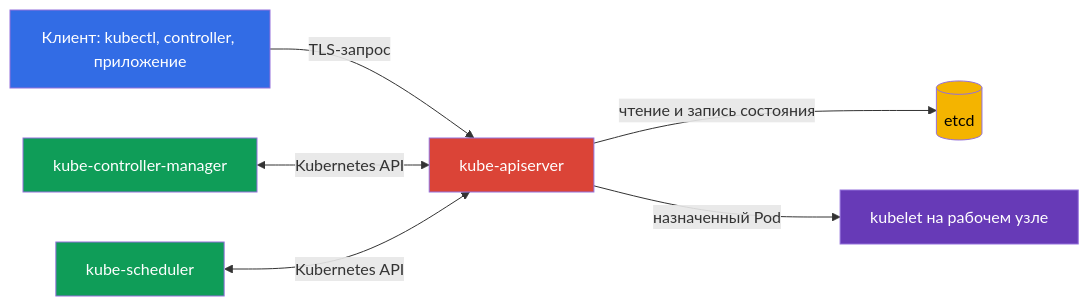
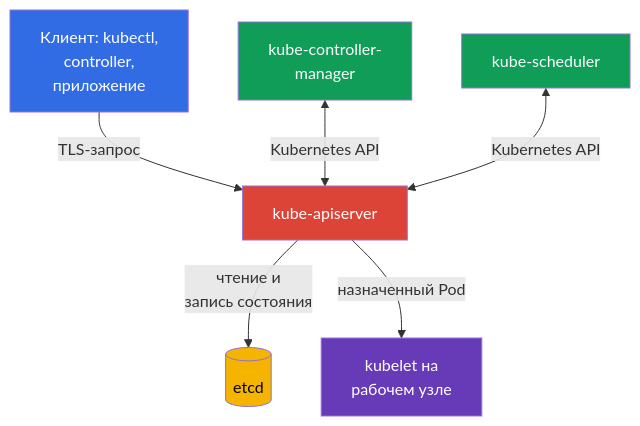
Before and after one commit to ViktorUJ/cks: the first of 2 diagrams in tasks/kcsa/course/07/ru.md, drawn with Mermaid. The commit also changed other lines of this file and 60 other files, not shown here.

````diff
--- a/tasks/kcsa/course/07/ru.md
+++ b/tasks/kcsa/course/07/ru.md
@@ -16,14 +16,14 @@
 ```mermaid
-flowchart LR
-    C["Клиент: kubectl, controller, приложение"] -->|"TLS-запрос"| A["kube-apiserver"]
-    A -->|"чтение и запись состояния"| E[("etcd")]
-    M["kube-controller-manager"] <-->|"Kubernetes API"| A
+flowchart TB
+    C["Клиент: kubectl,<br/>controller,<br/>приложение"] -->|"TLS-запрос"| A["kube-apiserver"]
+    A -->|"чтение и<br/>запись состояния"| E[("etcd")]
+    M["kube-controller-<br/>manager"] <-->|"Kubernetes API"| A
     S["kube-scheduler"] <-->|"Kubernetes API"| A
-    A -->|"назначенный Pod"| K["kubelet на рабочем узле"]
+    A -->|"назначенный Pod"| K["kubelet на<br/>рабочем узле"]
     style C fill:#326ce5,color:#fff
     style A fill:#db4437,color:#fff
     style E fill:#f4b400,color:#000
     style M fill:#0f9d58,color:#fff
     style S fill:#0f9d58,color:#fff
     style K fill:#673ab7,color:#fff
 ```
````
